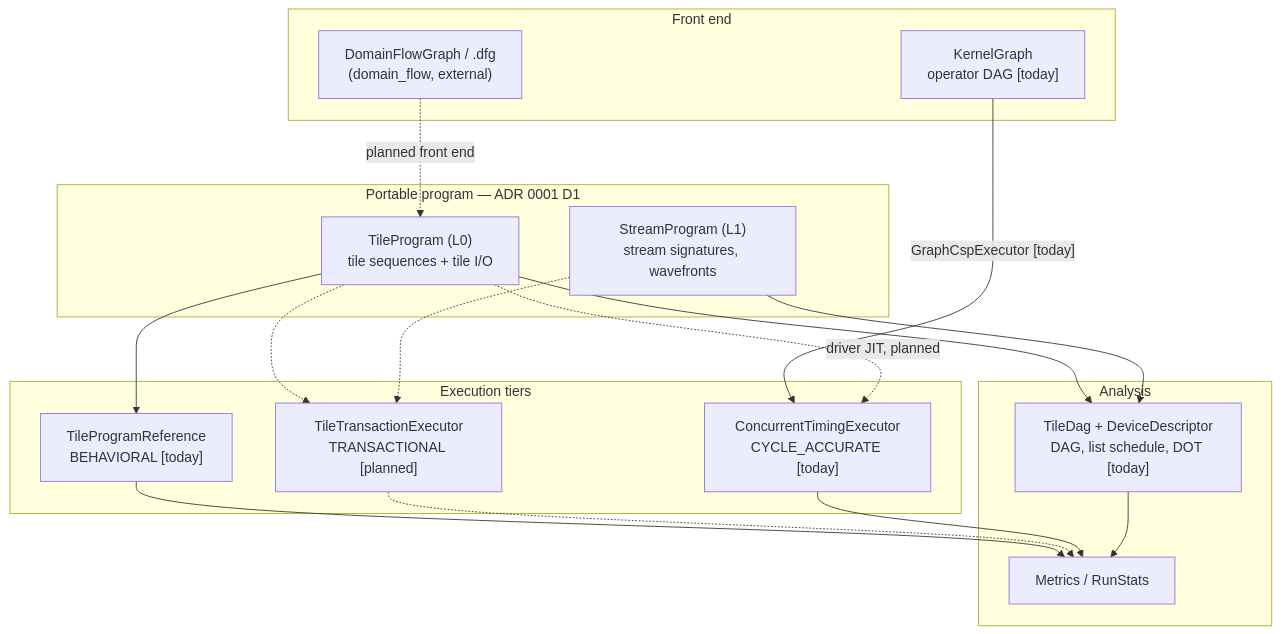
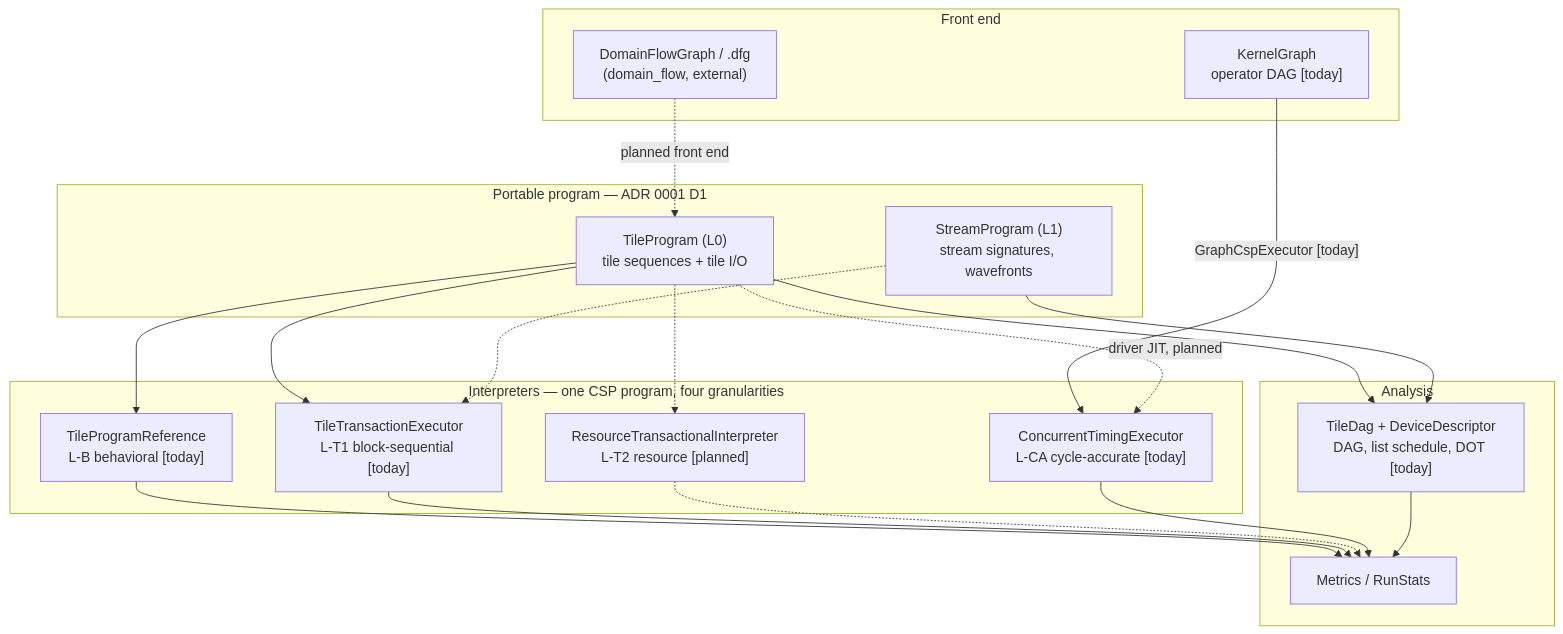
Before and after one commit to stillwater-sc/kpu-sim: the first of 8 diagrams in docs/architecture/program-execution-uml.md, drawn with Mermaid. The commit also changed other lines of this file and 2 other files, not shown here.

First line of the commit message:
docs: reframe the levels as transaction granularity (ADR 0002) (#278)

````diff
--- a/docs/architecture/program-execution-uml.md
+++ b/docs/architecture/program-execution-uml.md
@@ -20,36 +27,39 @@
 ```mermaid
 flowchart TB
     subgraph FE["Front end"]
         DFG["DomainFlowGraph / .dfg<br/>(domain_flow, external)"]
         KG["KernelGraph<br/>operator DAG [today]"]
     end
 
     subgraph L0L1["Portable program — ADR 0001 D1"]
         TP["TileProgram (L0)<br/>tile sequences + tile I/O"]
         SP["StreamProgram (L1)<br/>stream signatures, wavefronts"]
     end
 
-    subgraph TIERS["Execution tiers"]
-        REF["TileProgramReference<br/>BEHAVIORAL [today]"]
-        TTE["TileTransactionExecutor<br/>TRANSACTIONAL [planned]"]
-        CSP["ConcurrentTimingExecutor<br/>CYCLE_ACCURATE [today]"]
+    subgraph TIERS["Interpreters — one CSP program, four granularities"]
+        REF["TileProgramReference<br/>L-B behavioral [today]"]
+        TTE["TileTransactionExecutor<br/>L-T1 block-sequential [today]"]
+        RTX["ResourceTransactionalInterpreter<br/>L-T2 resource [planned]"]
+        CSP["ConcurrentTimingExecutor<br/>L-CA cycle-accurate [today]"]
     end
 
     subgraph ANA["Analysis"]
         DAG["TileDag + DeviceDescriptor<br/>DAG, list schedule, DOT [today]"]
         MET["Metrics / RunStats"]
     end
 
     DFG -.->|"planned front end"| TP
     KG -->|"GraphCspExecutor [today]"| CSP
     TP --> REF
-    TP -.-> TTE
+    TP --> TTE
+    TP -.-> RTX
     TP --> DAG
     SP --> DAG
     SP -.-> TTE
     TP -.->|"driver JIT, planned"| CSP
     REF --> MET
-    TTE -.-> MET
+    TTE --> MET
+    RTX -.-> MET
     CSP --> MET
     DAG --> MET
 ```
````
